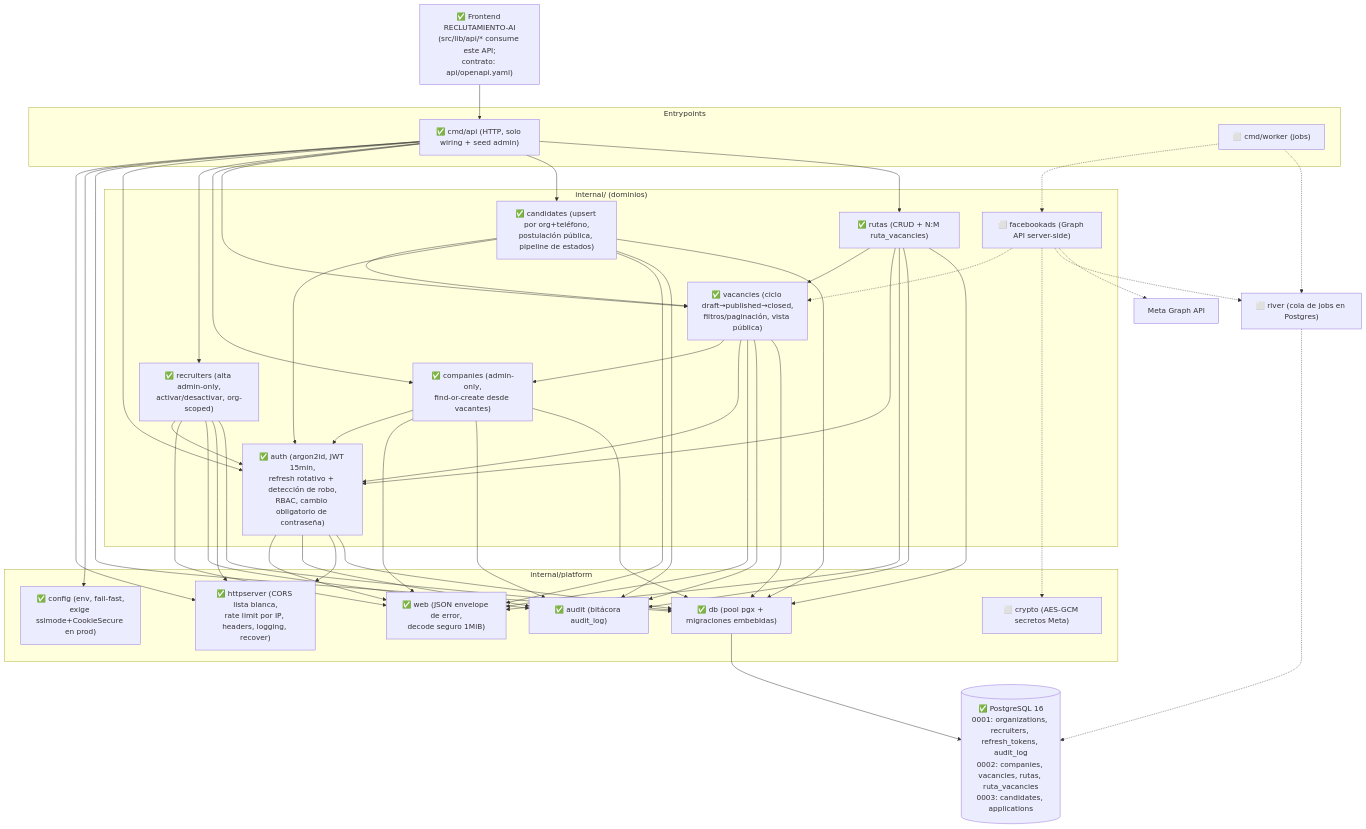
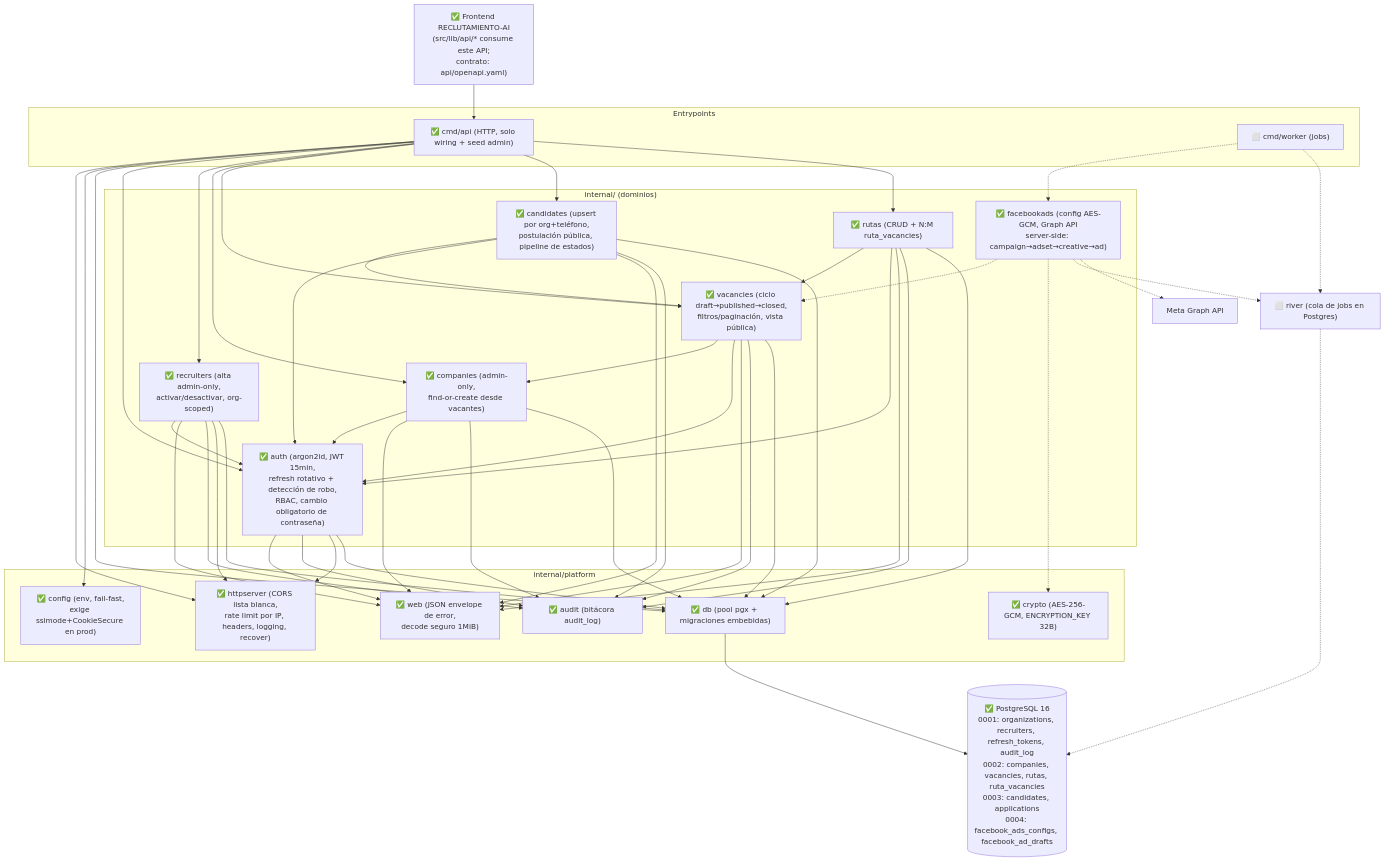
The diagram in CLAUDE.md (FAMMTO/reclutamiento_backend), drawn with Mermaid before and after one commit. The commit also changed other lines of this file and 7 other files, not shown here.

First line of the commit message:
feat: Fase 4 — Facebook Ads server-side con cifrado AES-256-GCM

````diff
--- a/CLAUDE.md
+++ b/CLAUDE.md
@@ -28,46 +28,46 @@
 ```mermaid
 graph TD
     subgraph Entrypoints
         API["✅ cmd/api (HTTP, solo wiring + seed admin)"]
         WRK["⬜ cmd/worker (jobs)"]
     end
 
     subgraph "internal/ (dominios)"
         AUTH["✅ auth (argon2id, JWT 15min,<br/>refresh rotativo + detección de robo,<br/>RBAC, cambio obligatorio de contraseña)"]
         REC["✅ recruiters (alta admin-only,<br/>activar/desactivar, org-scoped)"]
         CMP["✅ companies (admin-only,<br/>find-or-create desde vacantes)"]
         VAC["✅ vacancies (ciclo draft→published→closed,<br/>filtros/paginación, vista pública)"]
         CAN["✅ candidates (upsert por org+teléfono,<br/>postulación pública, pipeline de estados)"]
         RUT["✅ rutas (CRUD + N:M ruta_vacancies)"]
-        FBA["⬜ facebookads (Graph API server-side)"]
+        FBA["✅ facebookads (config AES-GCM, Graph API<br/>server-side: campaign→adset→creative→ad)"]
     end
 
     subgraph "internal/platform"
         DB["✅ db (pool pgx + migraciones embebidas)"]
         CFG["✅ config (env, fail-fast,<br/>exige sslmode+CookieSecure en prod)"]
         HTTPS["✅ httpserver (CORS lista blanca,<br/>rate limit por IP, headers, logging, recover)"]
         WEB["✅ web (JSON envelope de error,<br/>decode seguro 1MiB)"]
         AUD["✅ audit (bitácora audit_log)"]
-        CRY["⬜ crypto (AES-GCM secretos Meta)"]
+        CRY["✅ crypto (AES-256-GCM, ENCRYPTION_KEY 32B)"]
     end
 
-    PG[("✅ PostgreSQL 16<br/>0001: organizations, recruiters, refresh_tokens, audit_log<br/>0002: companies, vacancies, rutas, ruta_vacancies<br/>0003: candidates, applications")]
+    PG[("✅ PostgreSQL 16<br/>0001: organizations, recruiters, refresh_tokens, audit_log<br/>0002: companies, vacancies, rutas, ruta_vacancies<br/>0003: candidates, applications<br/>0004: facebook_ads_configs, facebook_ad_drafts")]
     RIVER["⬜ river (cola de jobs en Postgres)"]
     META["Meta Graph API"]
     FE["✅ Frontend RECLUTAMIENTO-AI<br/>(src/lib/api/* consume este API;<br/>contrato: api/openapi.yaml)"]
 
     API --> HTTPS & CFG & DB
     API --> AUTH & REC & CMP & VAC & CAN & RUT
     WRK -.-> FBA & RIVER
     AUTH --> WEB & AUD & HTTPS
     REC --> AUTH & WEB & AUD & HTTPS
     VAC --> CMP
     CAN --> VAC
     RUT --> VAC
     CMP & VAC & CAN & RUT --> AUTH & WEB & AUD
     FBA -.-> VAC & CRY & RIVER & META
     AUTH & REC & CMP & VAC & CAN & RUT --> DB
     DB --> PG
     RIVER -.-> PG
     FE --> API
 ```
````
